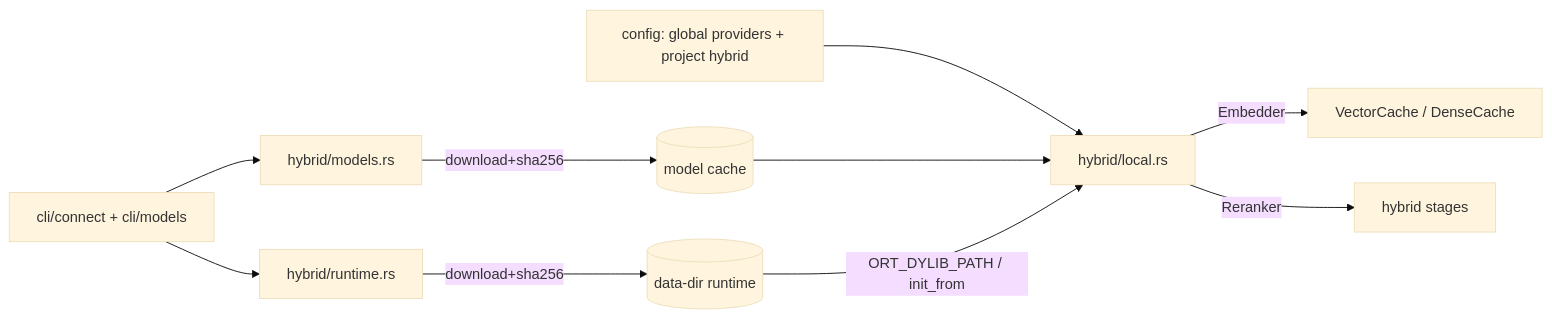
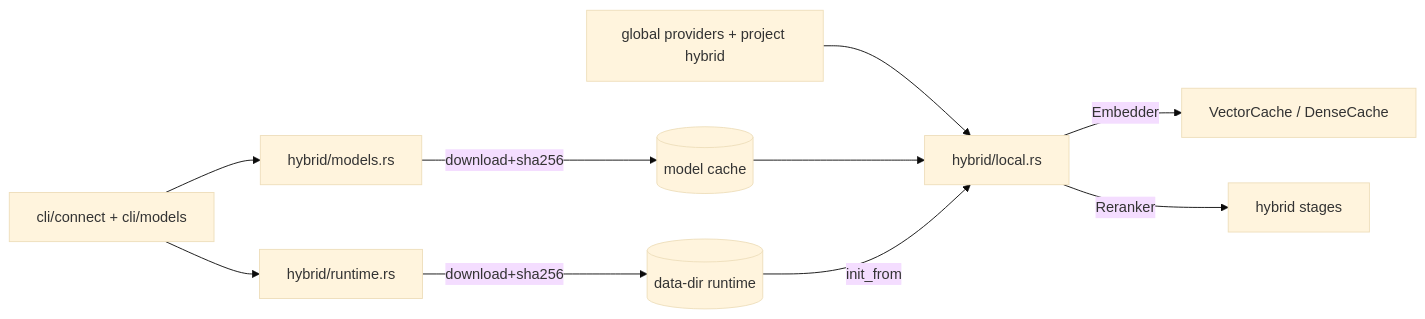
Before and after one commit to punkhomov/docsbase-memory-mcp: the diagram in docs/specs/hybrid-local/design.md, drawn with Mermaid (base theme). The commit also changed other lines of this file and 4 other files, not shown here.

````diff
--- a/docs/specs/hybrid-local/design.md
+++ b/docs/specs/hybrid-local/design.md
@@ -33,12 +47,12 @@
 ```mermaid
 flowchart LR
   CLI[cli/connect + cli/models] --> RT[hybrid/runtime.rs]
   CLI --> MS[hybrid/models.rs]
   RT -->|download+sha256| FS[(data-dir runtime)]
   MS -->|download+sha256| MC[(model cache)]
-  CFG[config: global providers + project hybrid] --> LC[hybrid/local.rs]
+  CFG[global providers + project hybrid] --> LC[hybrid/local.rs]
   MC --> LC
-  FS -->|ORT_DYLIB_PATH / init_from| LC
+  FS -->|init_from| LC
   LC -->|Embedder| VC[VectorCache / DenseCache]
   LC -->|Reranker| HY[hybrid stages]
 ```
````
